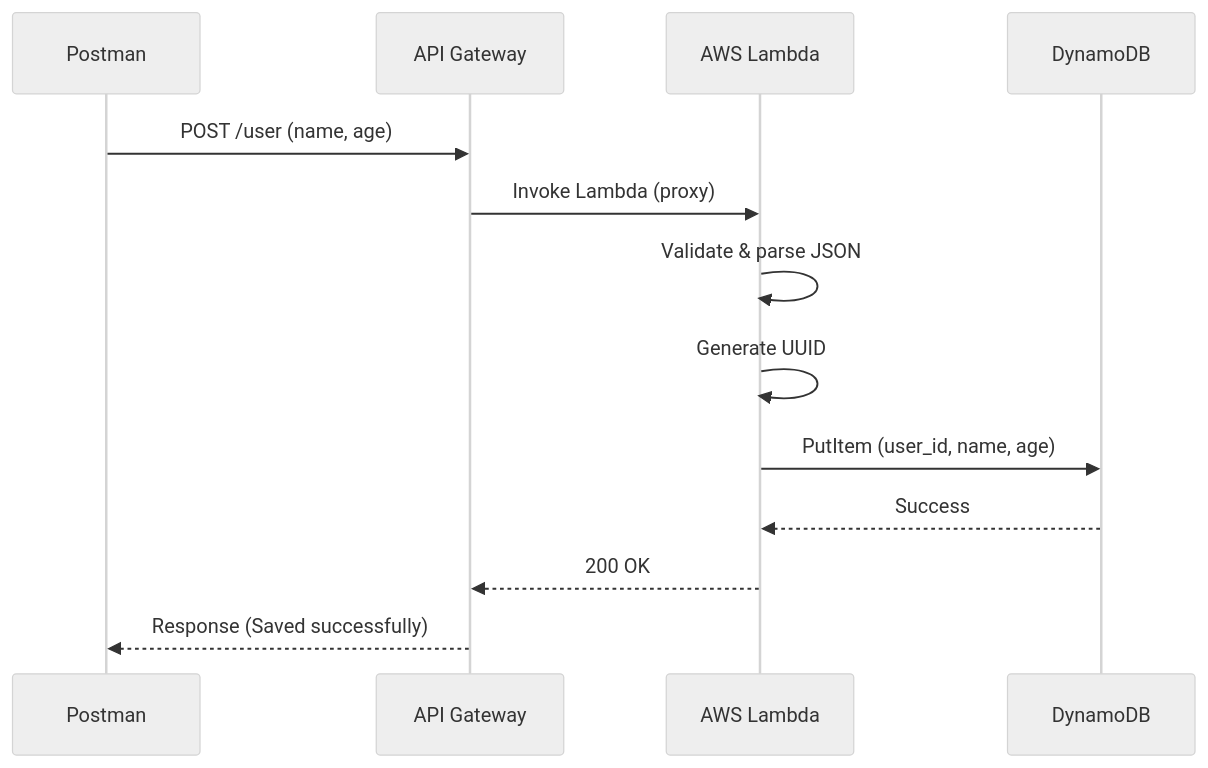
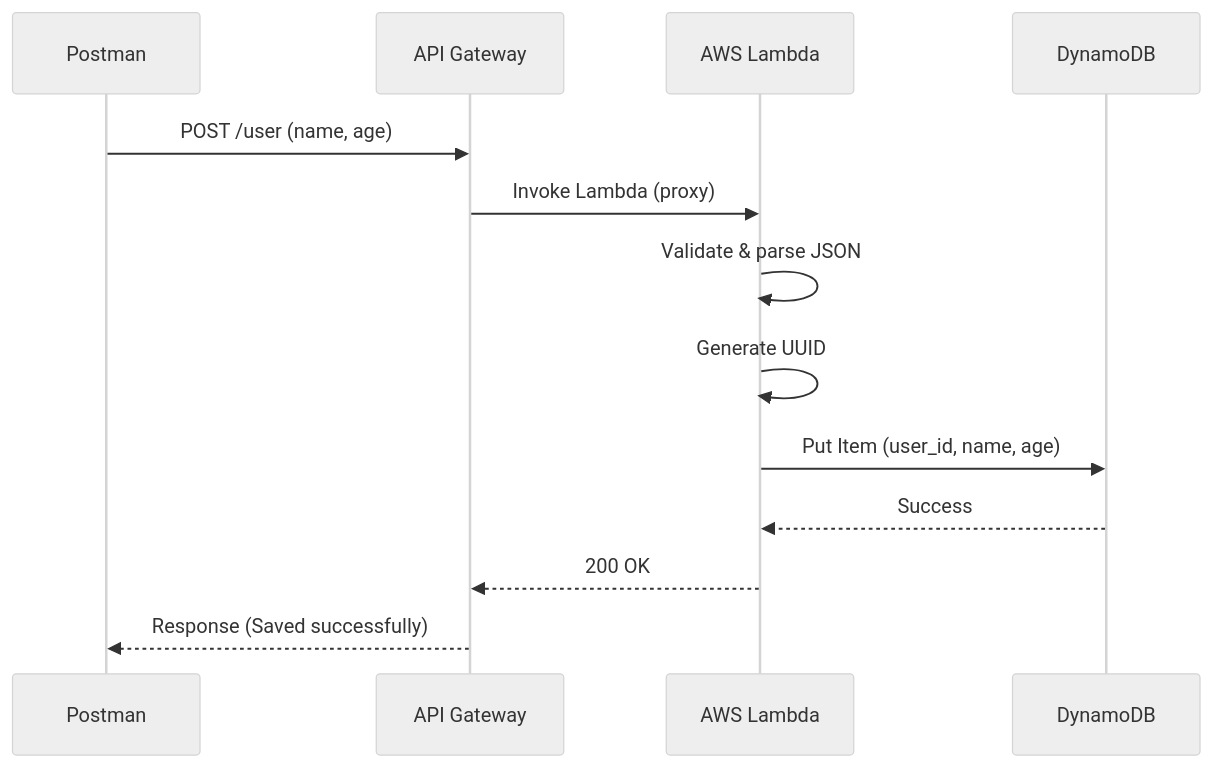
Before and after one commit to nacholiya/terraform-user-api: the second of 2 diagrams in README.md, drawn with Mermaid (neutral theme). The commit also changed other lines of this file, not shown here.

````diff
--- a/README.md
+++ b/README.md
@@ -39,16 +39,16 @@
 ```mermaid
 sequenceDiagram
     participant Client as Postman
     participant APIGW as API Gateway
     participant Lambda as AWS Lambda
     participant DB as DynamoDB
 
     Client->>APIGW: POST /user (name, age)
     APIGW->>Lambda: Invoke Lambda (proxy)
     Lambda->>Lambda: Validate & parse JSON
     Lambda->>Lambda: Generate UUID
-    Lambda->>DB: PutItem (user_id, name, age)
+    Lambda->>DB: Put Item (user_id, name, age)
     DB-->>Lambda: Success
     Lambda-->>APIGW: 200 OK
     APIGW-->>Client: Response (Saved successfully)
 ```
````
